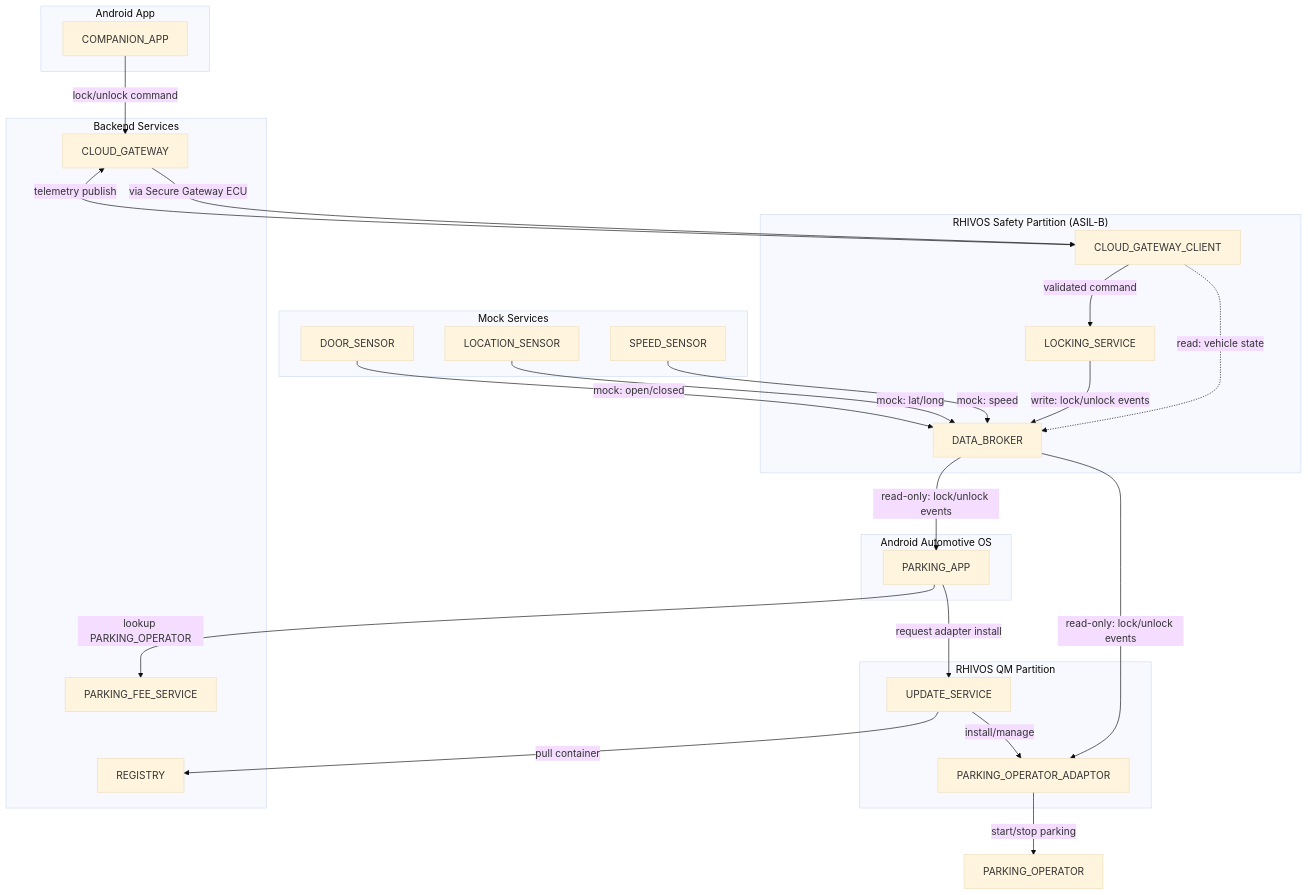
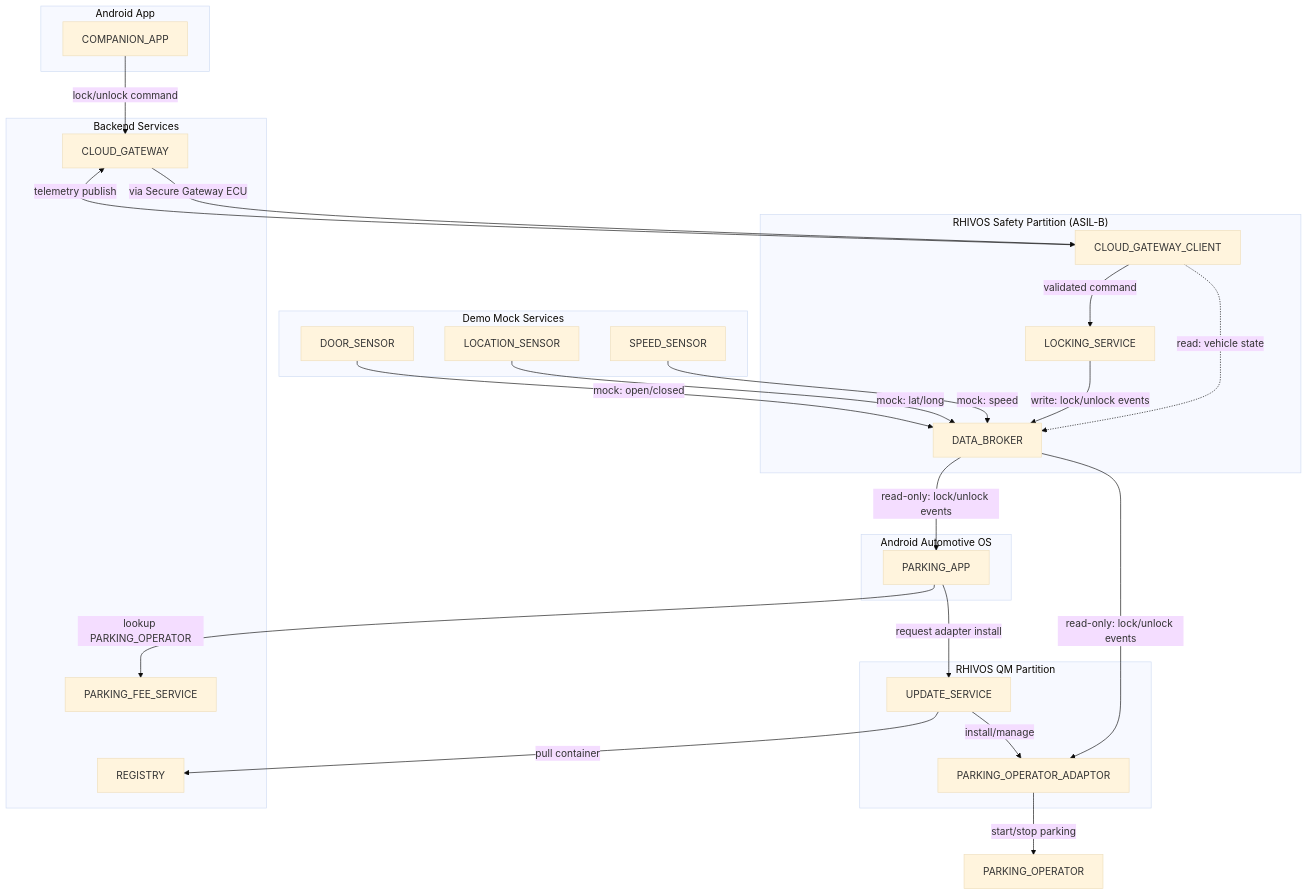
Before and after one commit to rhadp/parking-fee-service: the diagram in prd.md, drawn with Mermaid (base theme). The commit also changed other lines of this file, not shown here.

````diff
--- a/prd.md
+++ b/prd.md
@@ -76,58 +77,58 @@
 ```mermaid
 flowchart TD
 subgraph AAOS["Android Automotive OS"]
 	ParkingApp["PARKING_APP"]
 end
 
 subgraph Android["Android App"]
 	CompanionApp["COMPANION_APP"]
 end
 
 subgraph RHIVOS_Safety["RHIVOS Safety Partition (ASIL-B)"]
   LockingService["LOCKING_SERVICE"]
   DataBroker["DATA_BROKER"]
   CloudGatewayClient["CLOUD_GATEWAY_CLIENT"]
 end
 
 subgraph RHIVOS_QM["RHIVOS QM Partition"]
   Adaptor["PARKING_OPERATOR_ADAPTOR"]
   UpdateService["UPDATE_SERVICE"]
 end
 
 subgraph Cloud["Backend Services"]
   ParkingFeeService["PARKING_FEE_SERVICE"]
   Registry["REGISTRY"]
   CloudGateway["CLOUD_GATEWAY"]
 end
 
-subgraph MockServices["Mock Services"]
+subgraph MockServices["Demo Mock Services"]
   LocationSensor["LOCATION_SENSOR"]
   SpeedSensor["SPEED_SENSOR"]
   DoorSensor["DOOR_SENSOR"]
 end
 
 CompanionApp -->|"lock/unlock command"| CloudGateway
 CloudGateway -->|"via Secure Gateway ECU"| CloudGatewayClient
 
 CloudGatewayClient -->|"validated command"| LockingService
 CloudGatewayClient -->|"telemetry publish"| CloudGateway
 CloudGatewayClient -.->|"read: vehicle state"| DataBroker
 
 LockingService -->|"write: lock/unlock events"| DataBroker
 
 DataBroker -->|"read-only: lock/unlock events"| ParkingApp
 DataBroker -->|"read-only: lock/unlock events"| Adaptor
 
 ParkingApp -->|"lookup PARKING_OPERATOR"| ParkingFeeService
 ParkingApp -->|"request adapter install"| UpdateService
 
 UpdateService -->|"pull container"| Registry
 UpdateService -->|"install/manage"| Adaptor
 
 Adaptor -->|"start/stop parking"| PARKING_OPERATOR["PARKING_OPERATOR"]
 
 SpeedSensor --> |"mock: speed"| DataBroker
 LocationSensor --> |"mock: lat/long"| DataBroker
 DoorSensor --> |"mock: open/closed"| DataBroker
 
 ```
````
